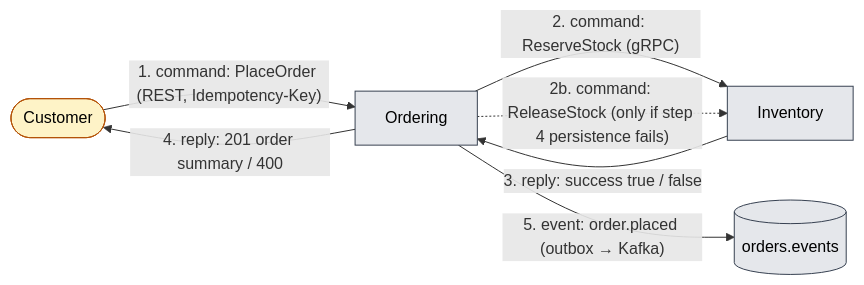
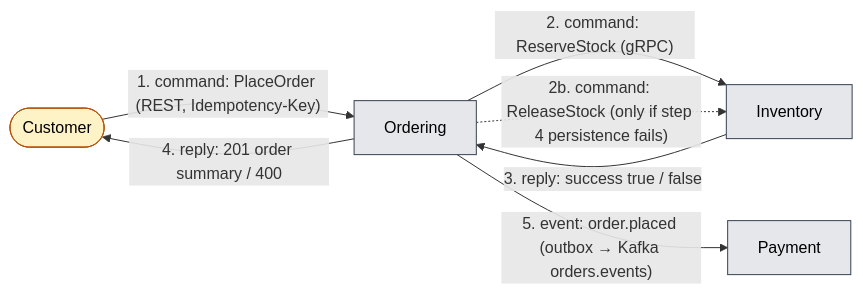
One commit to NamCaoDev/nestjs-ecommerce changed the diagram in docs/message-flows/diagrams/01-place-order/01-domain-message-flow-ddd-crew.mmd. Above: the diagram before and after it, drawn with Mermaid. The commit also changed 330 other files, not shown here.

```diff
--- a/docs/message-flows/diagrams/01-place-order/01-domain-message-flow-ddd-crew.mmd
+++ b/docs/message-flows/diagrams/01-place-order/01-domain-message-flow-ddd-crew.mmd
@@ -1,13 +1,13 @@
 flowchart LR
   Customer([Customer]):::actor
   Ordering[Ordering]:::context
   Inventory[Inventory]:::context
-  Kafka[(orders.events)]:::context
+  Payment[Payment]:::context
   Customer -- "1. command: PlaceOrder (REST, Idempotency-Key)" --> Ordering
   Ordering -- "2. command: ReserveStock (gRPC)" --> Inventory
   Inventory -- "3. reply: success true / false" --> Ordering
   Ordering -- "4. reply: 201 order summary / 400" --> Customer
-  Ordering -- "5. event: order.placed (outbox → Kafka)" --> Kafka
+  Ordering -- "5. event: order.placed (outbox → Kafka orders.events)" --> Payment
   Ordering -. "2b. command: ReleaseStock (only if step 4 persistence fails)" .-> Inventory
   classDef actor fill:#fef3c7,stroke:#b45309,color:#000
   classDef context fill:#e5e7eb,stroke:#374151,color:#000
```
